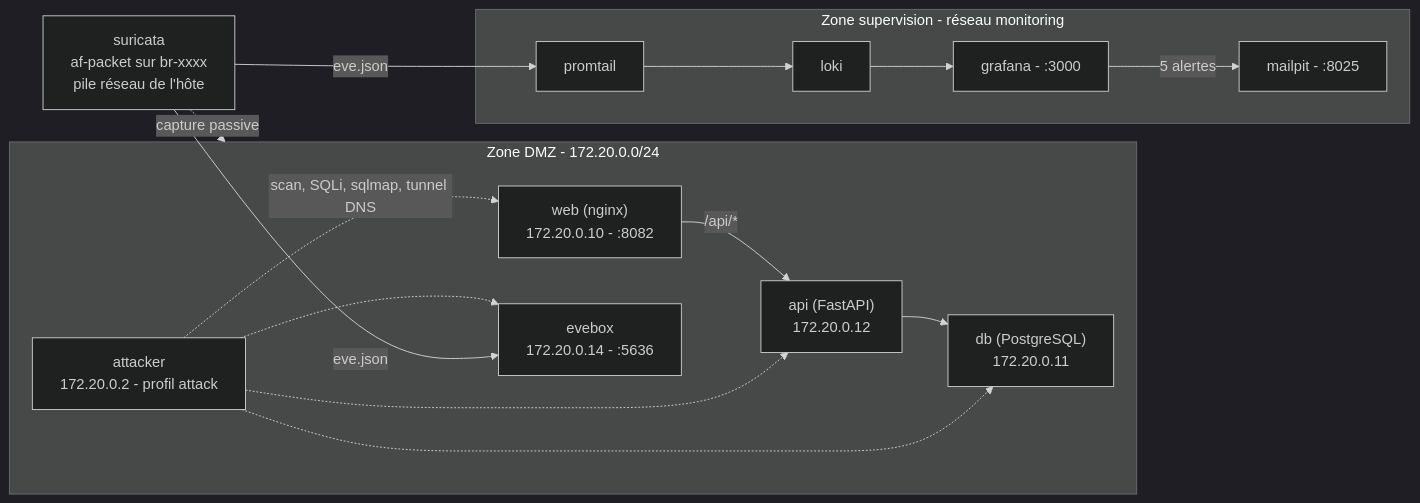
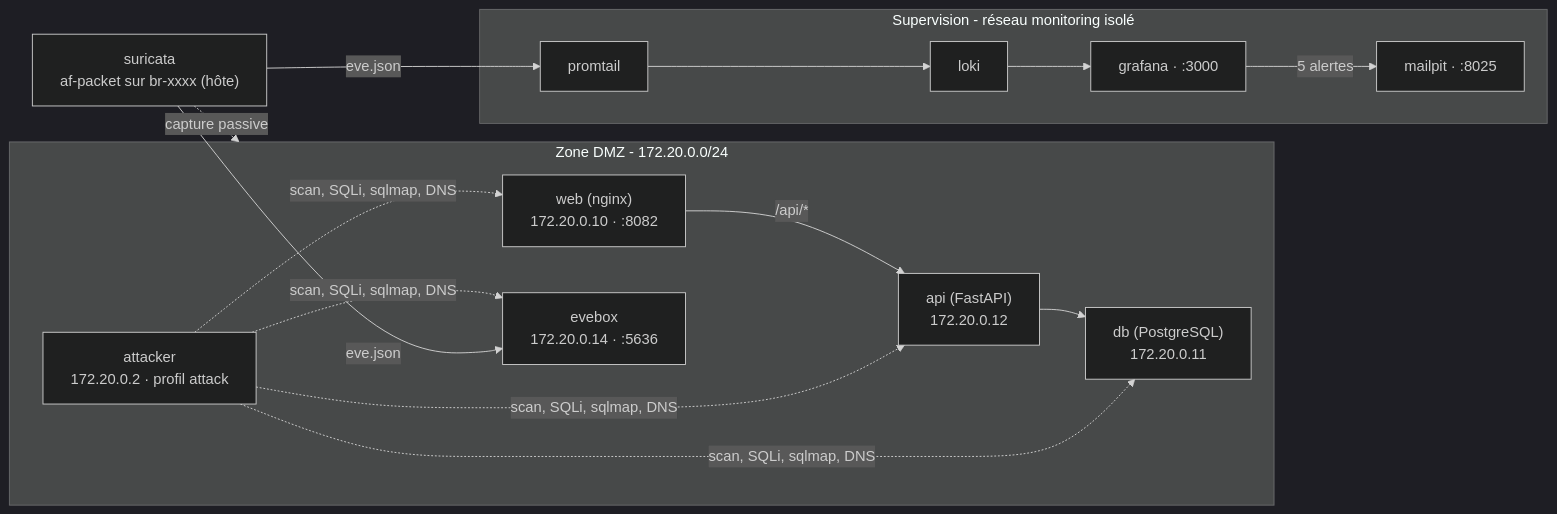
Before and after one commit to VISCHENZISCH/suricata-ndr-dmz: the diagram in README.md, drawn with Mermaid (dark theme). The commit also changed other lines of this file, not shown here.

Commit message:
chore(ux,suricata): bannières ASCII, FTP_PORTS/dnp3/modbus, README à jour

````diff
--- a/README.md
+++ b/README.md
@@ -49,31 +23,21 @@
 ```mermaid
 flowchart LR
     subgraph DMZ["Zone DMZ - 172.20.0.0/24"]
-        web["web (nginx)<br/>172.20.0.10 - :8082"]
+        web["web (nginx)<br/>172.20.0.10 · :8082"]
         api["api (FastAPI)<br/>172.20.0.12"]
         db["db (PostgreSQL)<br/>172.20.0.11"]
-        evebox["evebox<br/>172.20.0.14 - :5636"]
-        attacker["attacker<br/>172.20.0.2 - profil attack"]
+        evebox["evebox<br/>172.20.0.14 · :5636"]
+        attacker["attacker<br/>172.20.0.2 · profil attack"]
     end
 
-    suricata["suricata<br/>af-packet sur br-xxxx<br/>pile réseau de l'hôte"]
+    suricata["suricata<br/>af-packet sur br-xxxx (hôte)"]
 
-    subgraph SUP["Zone supervision - réseau monitoring"]
-        promtail["promtail"]
-        loki["loki"]
-        grafana["grafana - :3000"]
-        mailpit["mailpit - :8025"]
+    subgraph SUP["Supervision - réseau monitoring isolé"]
+        promtail["promtail"] --> loki["loki"] --> grafana["grafana · :3000"] -->|5 alertes| mailpit["mailpit · :8025"]
     end
 
     web -->|/api/*| api --> db
-    attacker -.->|scan, SQLi, sqlmap, tunnel DNS| web
-    attacker -.-> api
-    attacker -.-> db
-    attacker -.-> evebox
-
+    attacker -.->|scan, SQLi, sqlmap, DNS| web & api & db & evebox
     suricata -.->|capture passive| DMZ
-    suricata -->|eve.json| evebox
-    suricata -->|eve.json| promtail
-    promtail --> loki --> grafana
-    grafana -->|5 alertes| mailpit
+    suricata -->|eve.json| evebox & promtail
 ```
````
